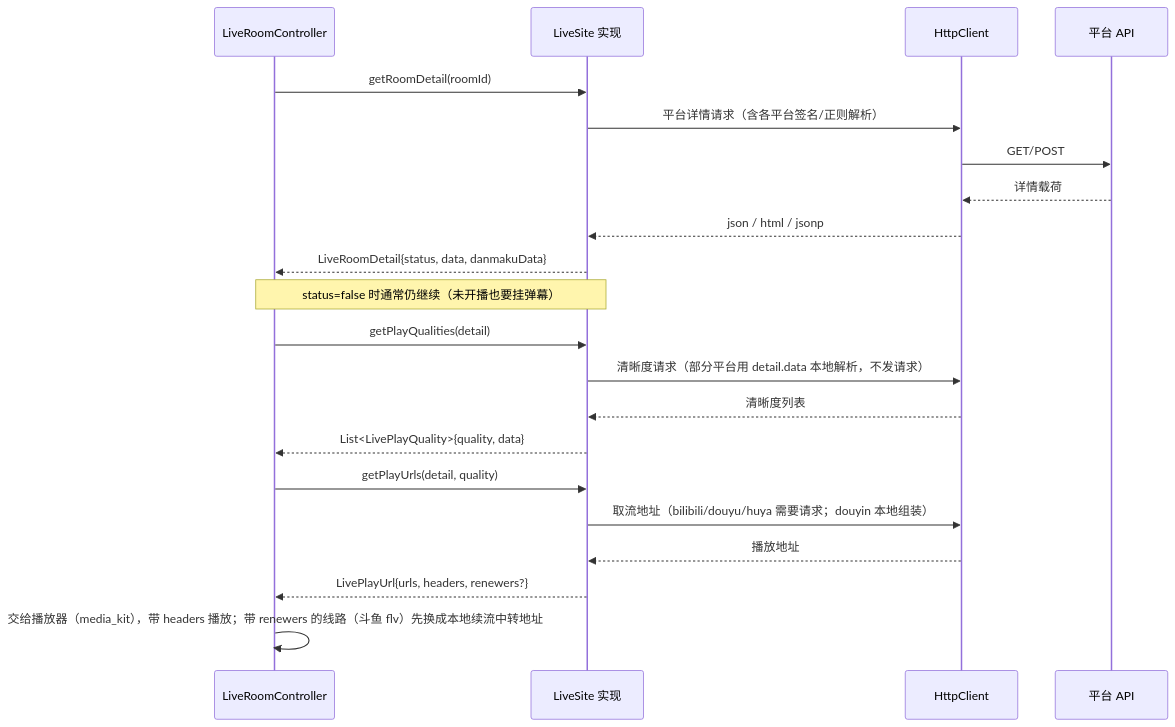
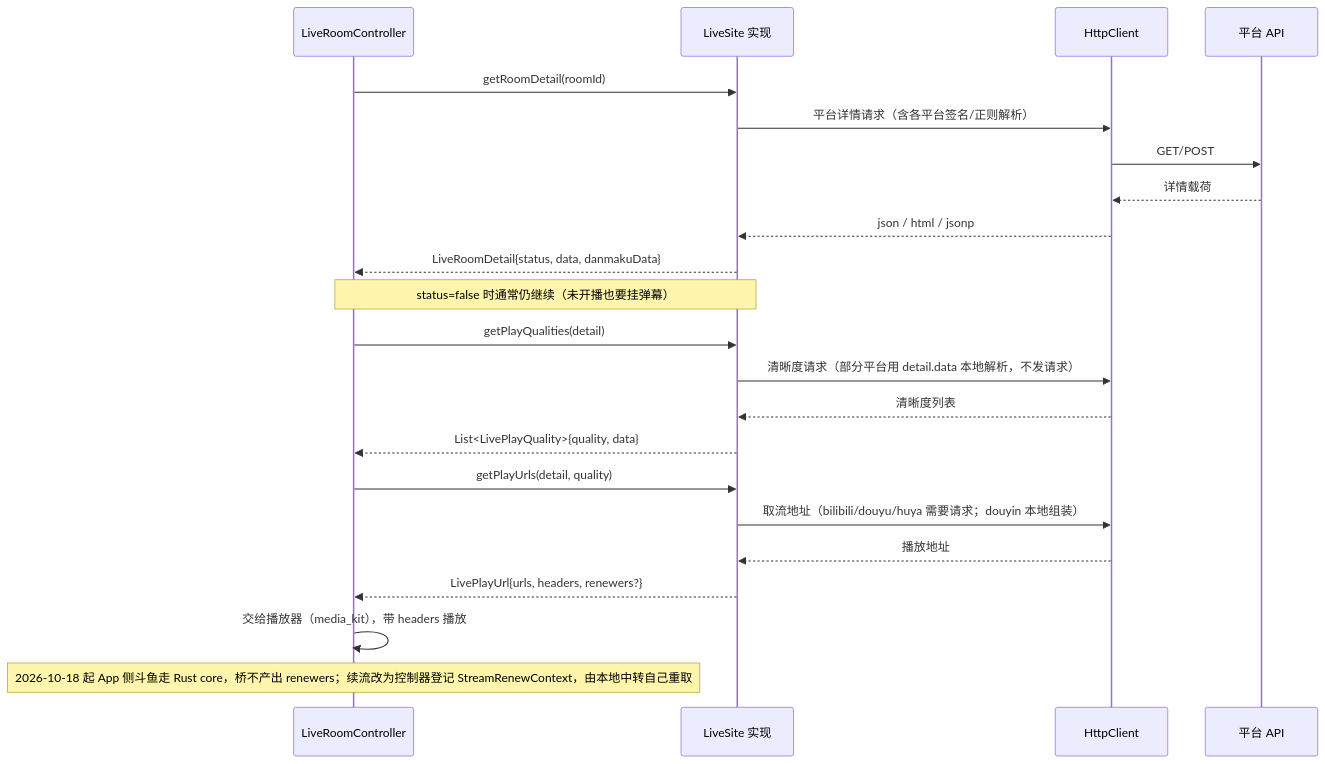
One commit to gaoxing64/dart_simple_live changed the second of 12 diagrams in simple_live_core/doc/workflow-diagram.md. Above: the diagram before and after it, drawn with Mermaid. The commit also changed other lines of this file and 8 other files, not shown here.

````diff
--- a/simple_live_core/doc/workflow-diagram.md
+++ b/simple_live_core/doc/workflow-diagram.md
@@ -57,24 +58,25 @@
 ```mermaid
 sequenceDiagram
     participant C as LiveRoomController
     participant S as LiveSite 实现
     participant H as HttpClient
     participant A as 平台 API
 
     C->>S: getRoomDetail(roomId)
     S->>H: 平台详情请求（含各平台签名/正则解析）
     H->>A: GET/POST
     A-->>H: 详情载荷
     H-->>S: json / html / jsonp
     S-->>C: LiveRoomDetail{status, data, danmakuData}
     Note over C,S: status=false 时通常仍继续（未开播也要挂弹幕）
     C->>S: getPlayQualities(detail)
     S->>H: 清晰度请求（部分平台用 detail.data 本地解析，不发请求）
     H-->>S: 清晰度列表
     S-->>C: List<LivePlayQuality>{quality, data}
     C->>S: getPlayUrls(detail, quality)
     S->>H: 取流地址（bilibili/douyu/huya 需要请求；douyin 本地组装）
     H-->>S: 播放地址
     S-->>C: LivePlayUrl{urls, headers, renewers?}
-    C->>C: 交给播放器（media_kit），带 headers 播放；带 renewers 的线路（斗鱼 flv）先换成本地续流中转地址
+    C->>C: 交给播放器（media_kit），带 headers 播放
+    Note over C: 2026-10-18 起 App 侧斗鱼走 Rust core，桥不产出 renewers；续流改为控制器登记 StreamRenewContext，由本地中转自己重取
 ```
````
